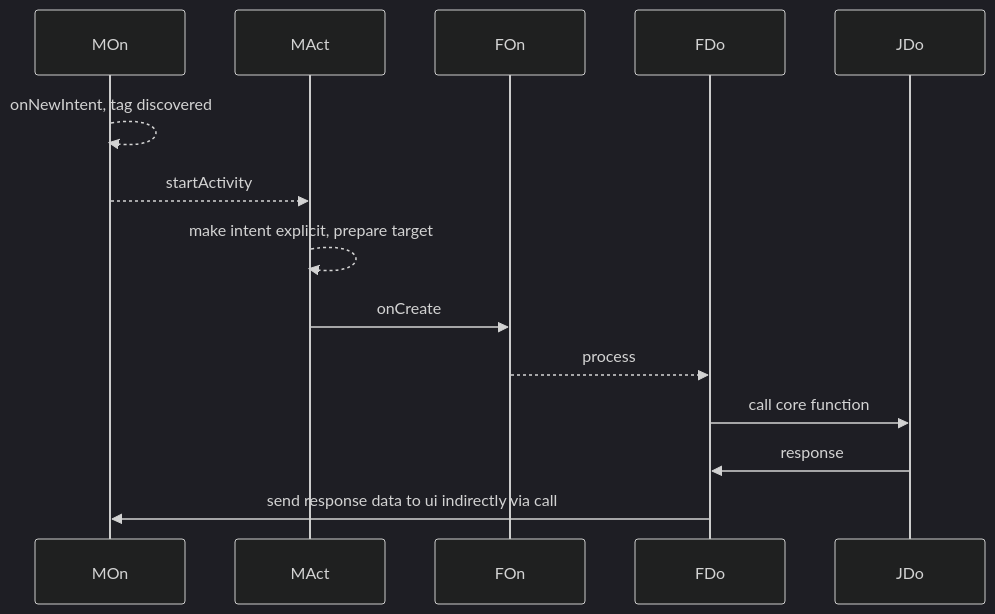
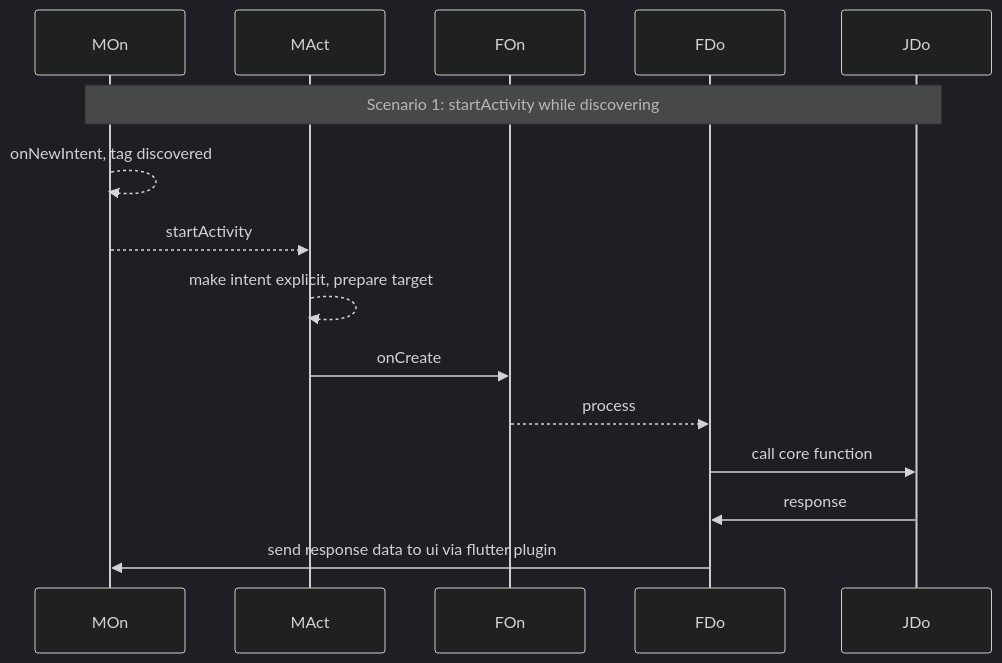
The first of 3 diagrams in flutter/android_to_flutter.md (gordianknotC/nxp_note), drawn with Mermaid (dark theme) before and after one commit. The commit also changed other lines of this file, not shown here.

Commit message:
flutter/android_to_flutter.md updated from https://stackedit.io/

````diff
--- a/flutter/android_to_flutter.md
+++ b/flutter/android_to_flutter.md
@@ -3,18 +3,19 @@
 ```mermaid
 sequenceDiagram
 
 participant MOn
 participant MAct
 participant FOn
 participant FDo
 participant JDo
 
+Note over MOn, JDo: Scenario 1: startActivity while discovering 
 MOn-->>MOn: onNewIntent, tag discovered
 MOn-->>MAct: startActivity
 MAct-->>MAct: make intent explicit, prepare target
 MAct->>FOn: onCreate
 FOn-->>FDo: process
 FDo->>JDo: call core function
 JDo->>FDo: response
-FDo->>MOn: send response data to ui indirectly via call
+FDo->>MOn: send response data to ui via flutter plugin
 ```
````
